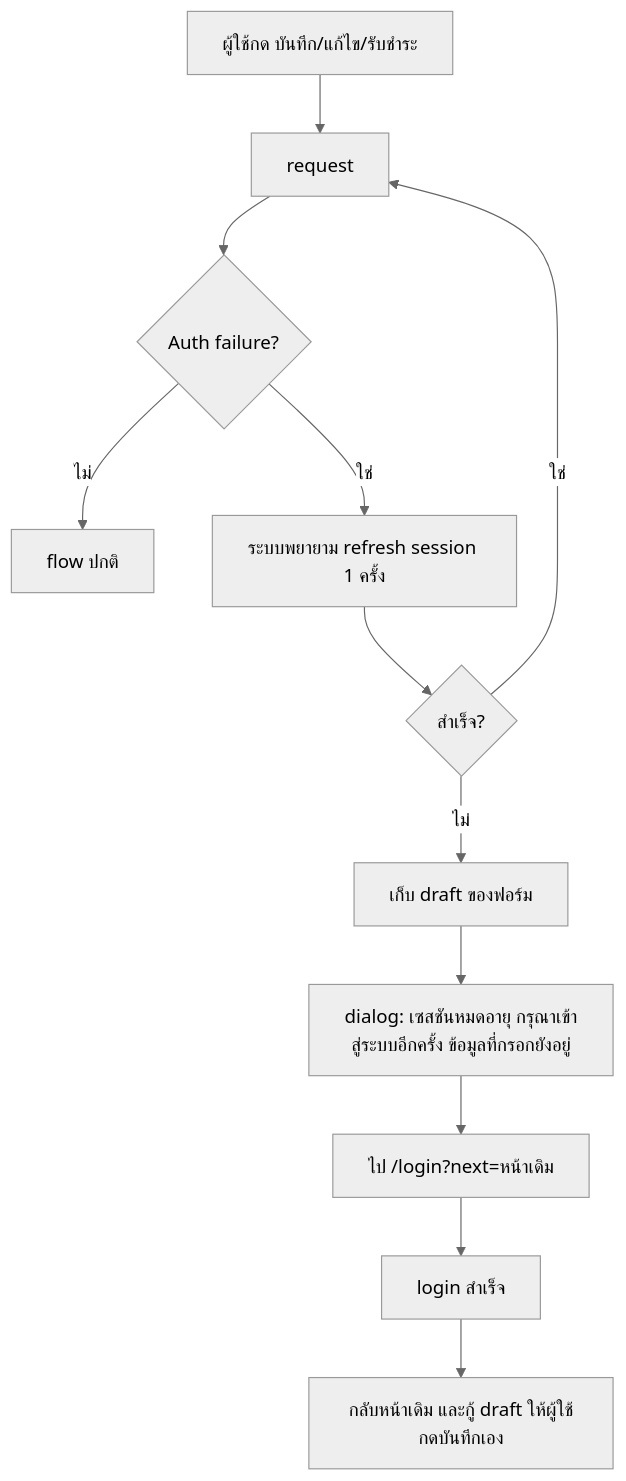
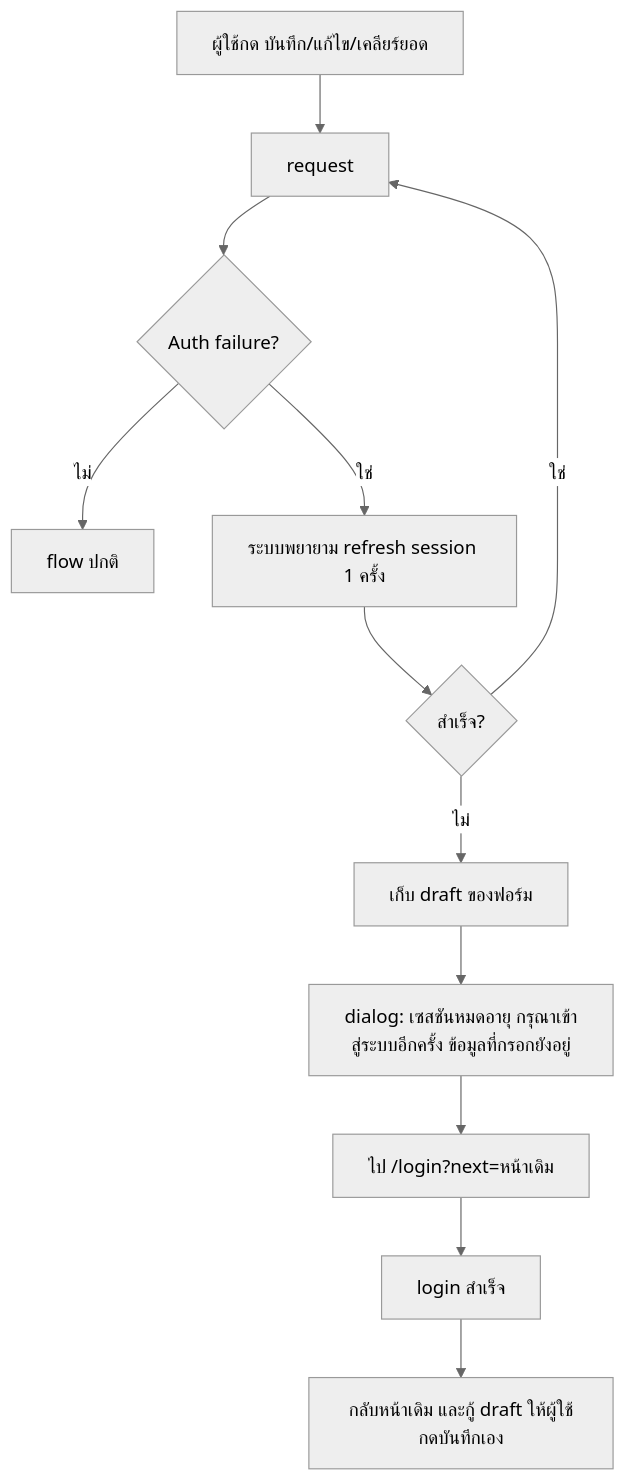
One commit to kittiphat78/car-care-intelligence changed the second of 8 diagrams in docs/redesign/user-flows.md. Above: the diagram before and after it, drawn with Mermaid (neutral theme). The commit also changed other lines of this file and 5 other files, not shown here.

First line of the commit message:
docs(redesign): close S03-02 with owner approval, keep term "เคลียร์ยอด"

````diff
--- a/docs/redesign/user-flows.md
+++ b/docs/redesign/user-flows.md
@@ -55,13 +55,13 @@
 ```mermaid
 flowchart TD
-  A[ผู้ใช้กด บันทึก/แก้ไข/รับชำระ] --> B[request]
+  A[ผู้ใช้กด บันทึก/แก้ไข/เคลียร์ยอด] --> B[request]
   B --> C{Auth failure?}
   C -- ไม่ --> D[flow ปกติ]
   C -- ใช่ --> E[ระบบพยายาม refresh session 1 ครั้ง]
   E --> F{สำเร็จ?}
   F -- ใช่ --> B
   F -- ไม่ --> G[เก็บ draft ของฟอร์ม]
   G --> H[dialog: เซสชันหมดอายุ กรุณาเข้าสู่ระบบอีกครั้ง ข้อมูลที่กรอกยังอยู่]
   H --> I[ไป /login?next=หน้าเดิม]
   I --> J[login สำเร็จ] --> K[กลับหน้าเดิม และกู้ draft ให้ผู้ใช้กดบันทึกเอง]
 ```
````
